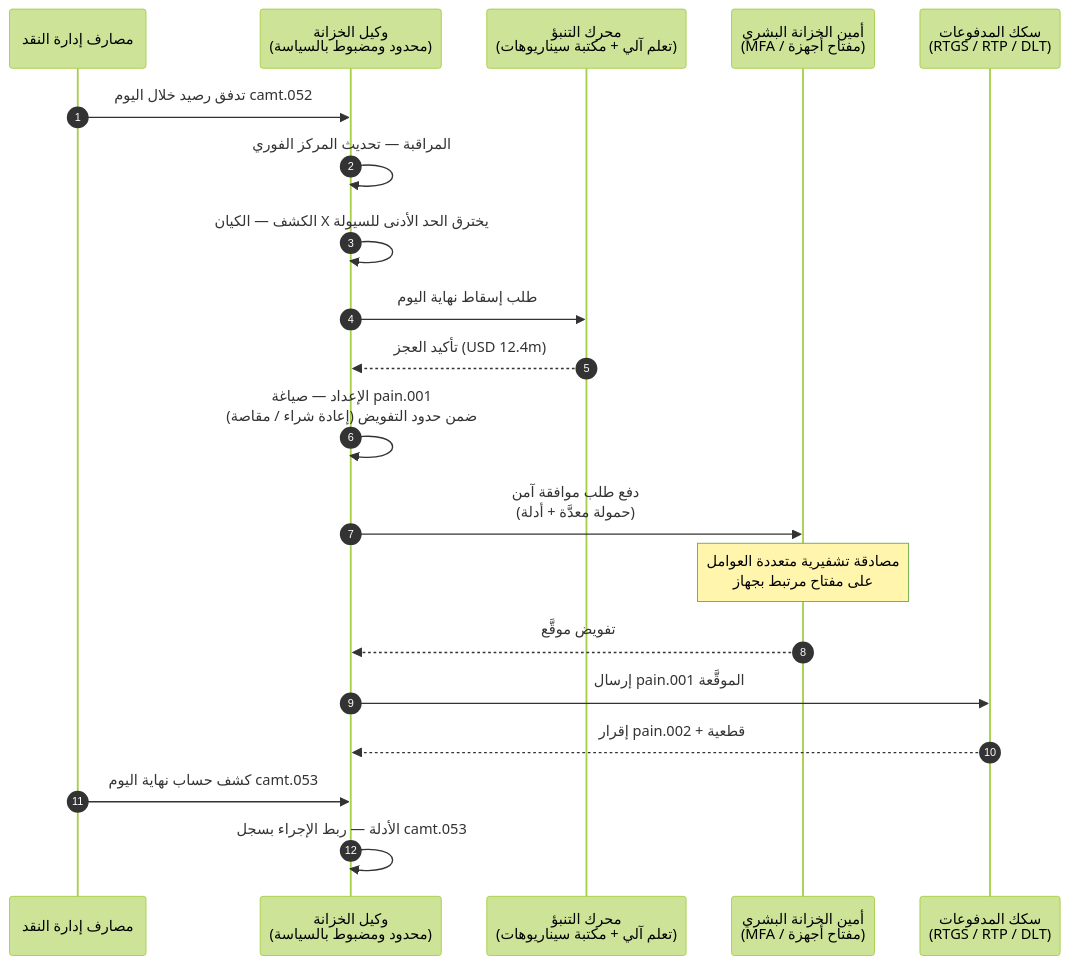
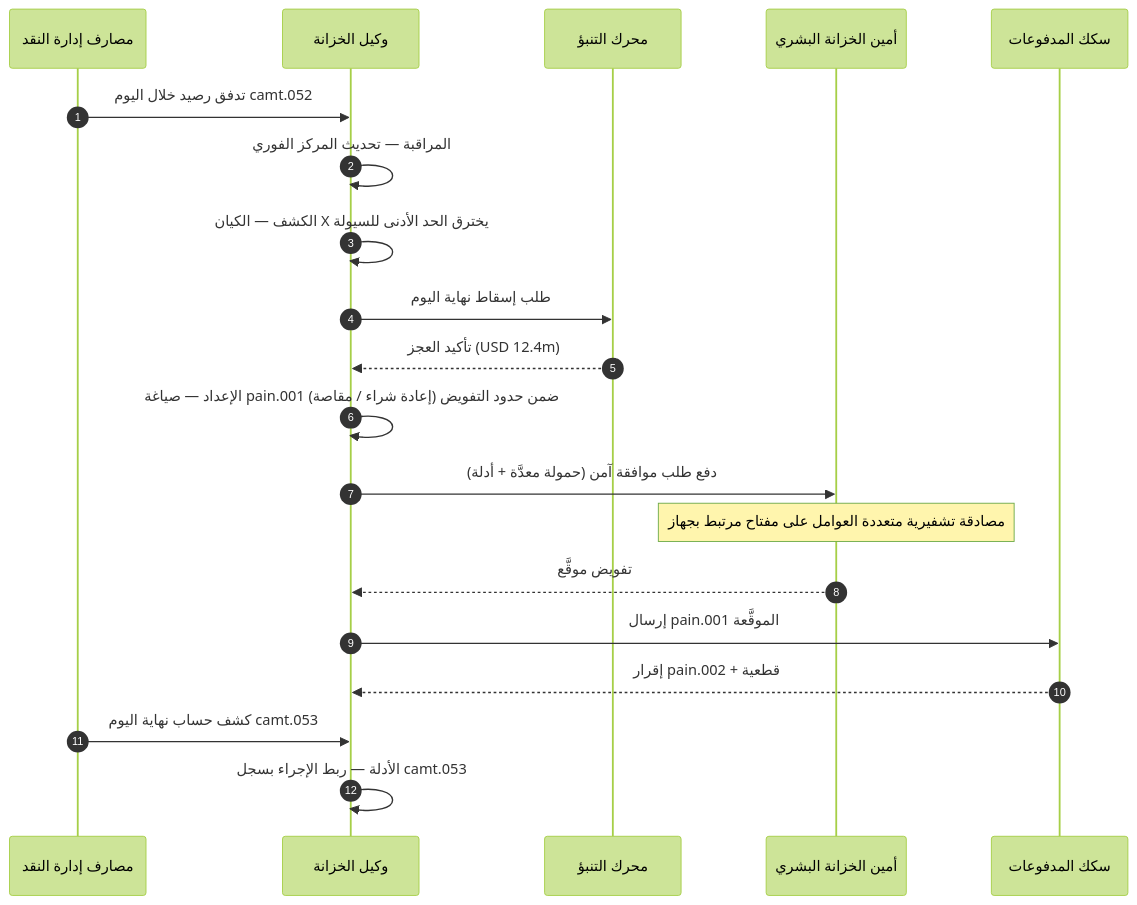
One commit to sebastienrousseau/sebastienrousseau.github.io changed the diagram in _posts/ar/2026-06-07-autonomous-treasury-index-programmable-liquidity-tokenised-deposits-2026.md. Above: the diagram before and after it, drawn with Mermaid (forest theme). The commit also changed 2231 other files, not shown here.

First line of the commit message:
fix(mermaid): unblock Mermaid v10 rendering end-to-end (#198)

````diff
--- a/_posts/ar/2026-06-07-autonomous-treasury-index-programmable-liquidity-tokenised-deposits-2026.md
+++ b/_posts/ar/2026-06-07-autonomous-treasury-index-programmable-liquidity-tokenised-deposits-2026.md
@@ -152,23 +152,22 @@
 ```mermaid
 sequenceDiagram
     autonumber
     participant Banks as مصارف إدارة النقد
-    participant Agent as وكيل الخزانة<br/>(محدود ومضبوط بالسياسة)
-    participant Forecast as محرك التنبؤ<br/>(تعلم آلي + مكتبة سيناريوهات)
-    participant Treasurer as أمين الخزانة البشري<br/>(MFA / مفتاح أجهزة)
-    participant Rails as سكك المدفوعات<br/>(RTGS / RTP / DLT)
-
+    participant Agent as وكيل الخزانة
+    participant Forecast as محرك التنبؤ
+    participant Treasurer as أمين الخزانة البشري
+    participant Rails as سكك المدفوعات
     Banks->>Agent: تدفق رصيد خلال اليوم camt.052
     Agent->>Agent: المراقبة — تحديث المركز الفوري
     Agent->>Agent: الكشف — الكيان X يخترق الحد الأدنى للسيولة
     Agent->>Forecast: طلب إسقاط نهاية اليوم
     Forecast-->>Agent: تأكيد العجز (USD 12.4m)
-    Agent->>Agent: الإعداد — صياغة pain.001<br/>(إعادة شراء / مقاصة) ضمن حدود التفويض
-    Agent->>Treasurer: دفع طلب موافقة آمن<br/>(حمولة معدَّة + أدلة)
-    Note over Treasurer: مصادقة تشفيرية متعددة العوامل<br/>على مفتاح مرتبط بجهاز
+    Agent->>Agent: الإعداد — صياغة pain.001 (إعادة شراء / مقاصة) ضمن حدود التفويض
+    Agent->>Treasurer: دفع طلب موافقة آمن (حمولة معدَّة + أدلة)
+    Note over Treasurer: مصادقة تشفيرية متعددة العوامل على مفتاح مرتبط بجهاز
     Treasurer-->>Agent: تفويض موقَّع
     Agent->>Rails: إرسال pain.001 الموقَّعة
     Rails-->>Agent: إقرار pain.002 + قطعية
     Banks->>Agent: كشف حساب نهاية اليوم camt.053
     Agent->>Agent: الأدلة — ربط الإجراء بسجل camt.053
 ```
````
